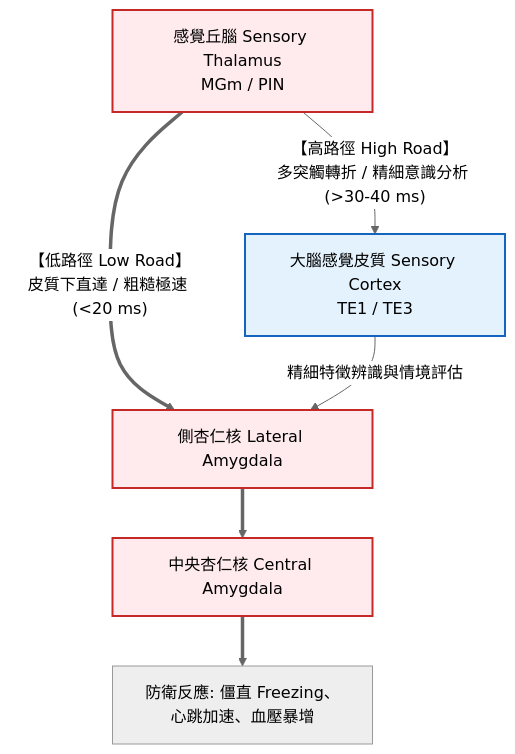
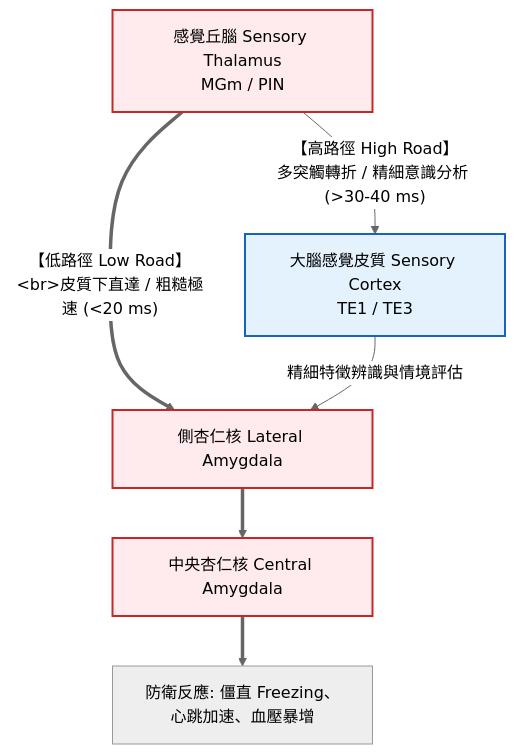
One commit to sasa0905/10 changed the diagram in wiki/theories/dual-route-emotion-theory.md. Above: the diagram before and after it, drawn with Mermaid (neutral theme). The commit also changed 48 other files, not shown here.

Commit message:
fix: resolve all Mermaid syntax errors, uncompress SVG vector charts, and ensure 15px sharp font rendering

````diff
--- a/wiki/theories/dual-route-emotion-theory.md
+++ b/wiki/theories/dual-route-emotion-theory.md
@@ -19,19 +19,19 @@
 ```mermaid
 graph TD
-    THAL[感覺丘腦 Sensory Thalamus<br>MGm / PIN]
+    THAL["感覺丘腦 Sensory Thalamus<br>MGm / PIN"]
     
     %% Low Road
-    THAL ==>|"【低路徑 Low Road】<br>皮質下直達 / 粗糙極速 (<20 ms)"| LA[側杏仁核 Lateral Amygdala]
+    THAL == "【低路徑 Low Road】&lt;br&gt;皮質下直達 / 粗糙極速 (&lt;20 ms)" ==> LA["側杏仁核 Lateral Amygdala"]
     
     %% High Road
-    THAL -->|"【高路徑 High Road】<br>多突觸轉折 / 精細意識分析 (>30-40 ms)"| CORTEX[大腦感覺皮質 Sensory Cortex<br>TE1 / TE3]
+    THAL -->|"【高路徑 High Road】<br>多突觸轉折 / 精細意識分析 (>30-40 ms)"| CORTEX["大腦感覺皮質 Sensory Cortex<br>TE1 / TE3"]
     CORTEX -->|精細特徵辨識與情境評估| LA
 
-    LA ==> CE[中央杏仁核 Central Amygdala]
-    CE ==> DEFENSE[防衛反應: 僵直 Freezing、心跳加速、血壓暴增]
+    LA ==> CE["中央杏仁核 Central Amygdala"]
+    CE ==> DEFENSE["防衛反應: 僵直 Freezing、心跳加速、血壓暴增"]
 
     classDef fast fill:#ffebee,stroke:#c62828,stroke-width:2px;
     classDef slow fill:#e3f2fd,stroke:#1565c0,stroke-width:2px;
     class THAL,LA,CE fast;
     class CORTEX slow;
 ```
````
